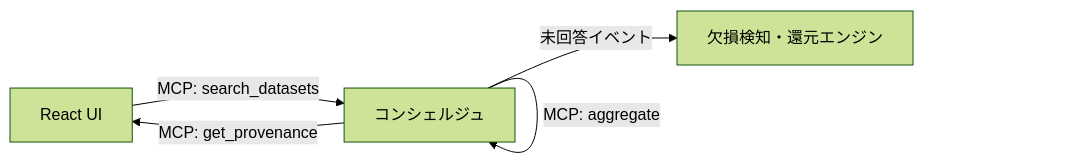
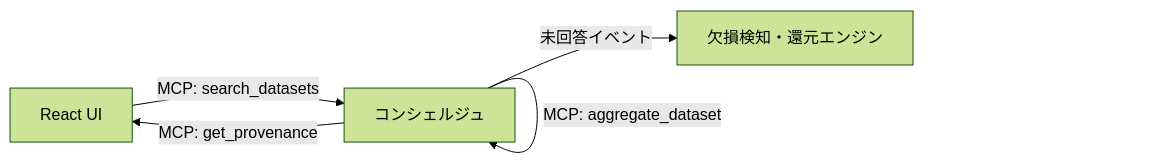
The second of 2 diagrams in docs/02-design/ARCHITECTURE.md (fffokazaki/tabi-concierge-tokyo), drawn with Mermaid (forest theme) before and after one commit. The commit also changed other lines of this file and 23 other files, not shown here.

````diff
--- a/docs/02-design/ARCHITECTURE.md
+++ b/docs/02-design/ARCHITECTURE.md
@@ -73,7 +75,7 @@
 ```mermaid
 graph LR
     FE[React UI] -->|MCP: search_datasets| CON[コンシェルジュ]
-    CON -->|MCP: aggregate| CON
+    CON -->|MCP: aggregate_dataset| CON
     CON -->|MCP: get_provenance| FE
     CON -->|未回答イベント| ENG[欠損検知・還元エンジン]
 ```
````
